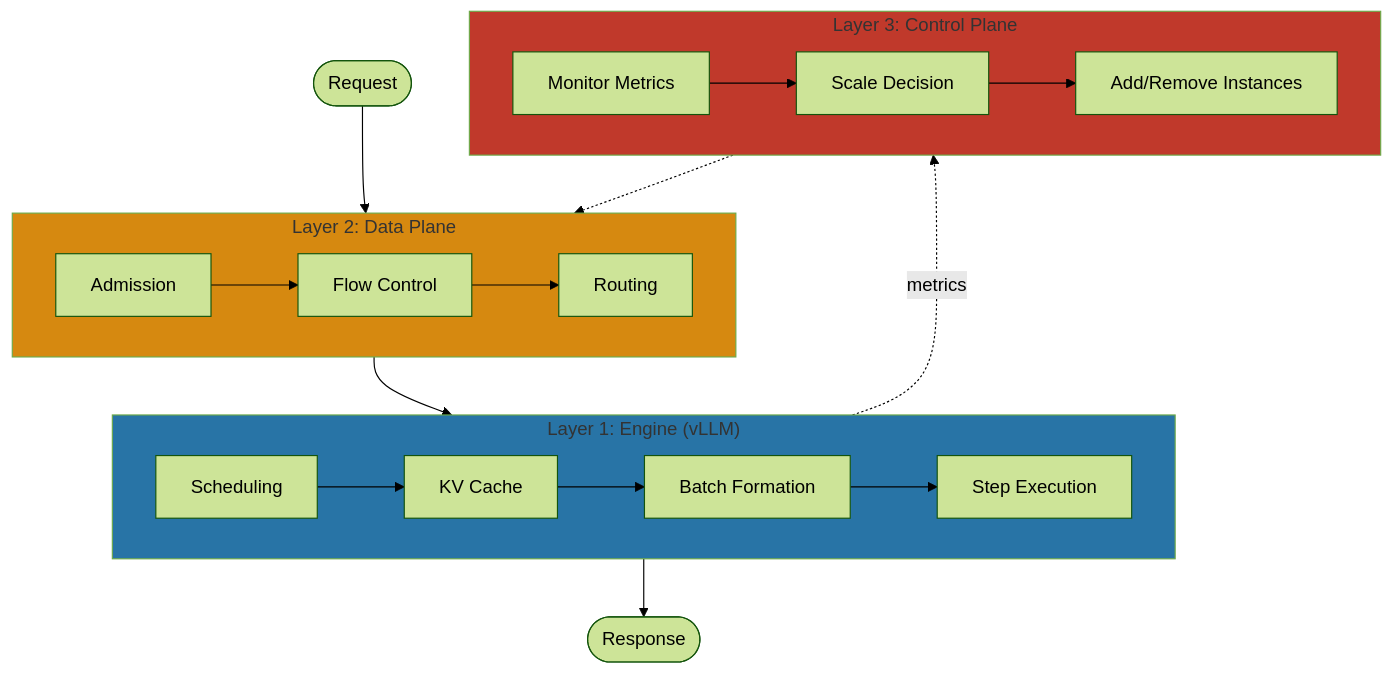
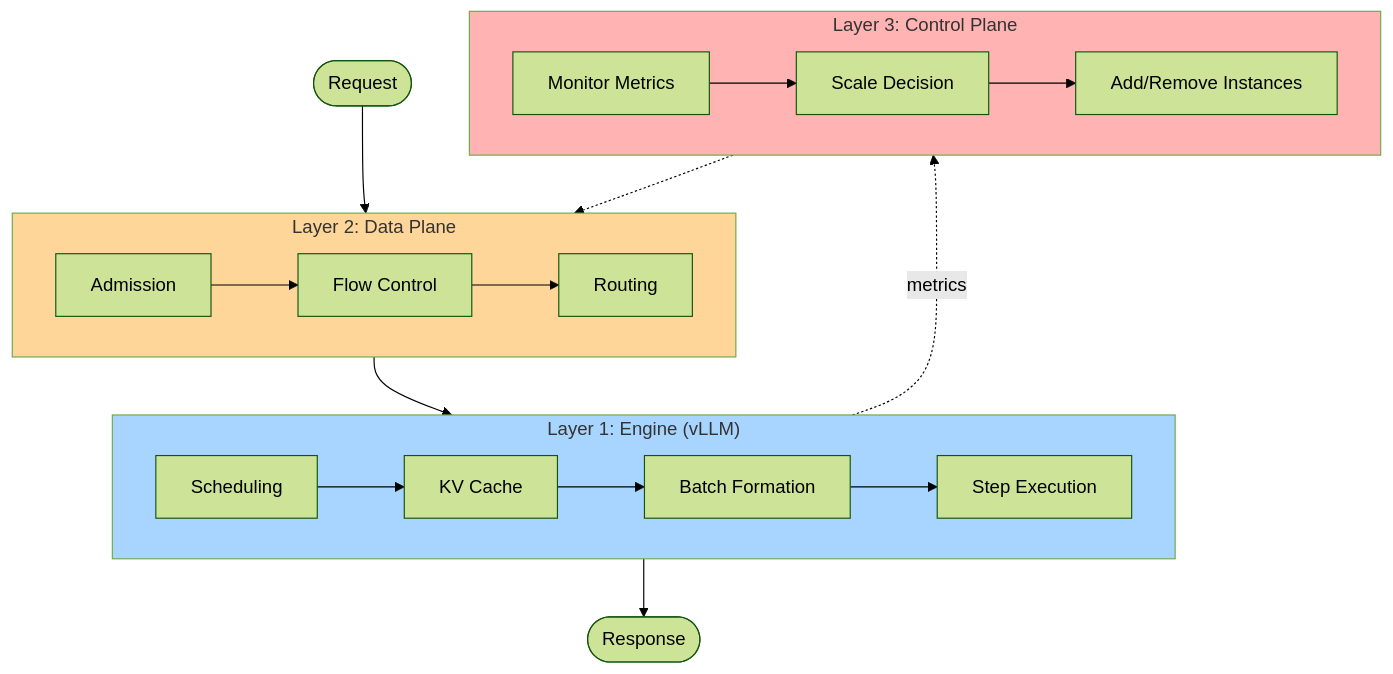
Before and after one commit to inference-sim/inference-sim: the diagram in docs/blog/posts/building-trust-physics-of-simulation.md, drawn with Mermaid (forest theme). The commit also changed other lines of this file and 2 other files, not shown here.

````diff
--- a/docs/blog/posts/building-trust-physics-of-simulation.md
+++ b/docs/blog/posts/building-trust-physics-of-simulation.md
@@ -39,34 +47,34 @@
 ```mermaid
 flowchart TB
     subgraph Layer1["Layer 1: Engine (vLLM)"]
         Sched[Scheduling]
         KV[KV Cache]
         Batch[Batch Formation]
         Step[Step Execution]
         Sched --> KV --> Batch --> Step
     end
 
     subgraph Layer2["Layer 2: Data Plane"]
         Admit[Admission]
         Route[Routing]
         Flow[Flow Control]
         Admit --> Flow --> Route
     end
 
     subgraph Layer3["Layer 3: Control Plane"]
         Monitor[Monitor Metrics]
         Decide[Scale Decision]
         Actuate[Add/Remove Instances]
         Monitor --> Decide --> Actuate
     end
 
     Request([Request]) --> Layer2
     Layer2 --> Layer1
     Layer1 --> Response([Response])
     Layer3 -.-> Layer2
     Layer1 -.->|metrics| Layer3
 
-    style Layer1 fill:#2874a6
-    style Layer2 fill:#d68910
-    style Layer3 fill:#c0392b
+    style Layer1 fill:#a8d5ff
+    style Layer2 fill:#ffd699
+    style Layer3 fill:#ffb3b3
 ```
````
